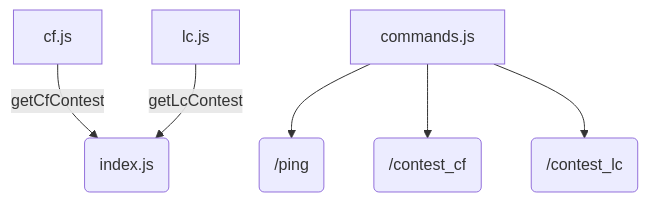
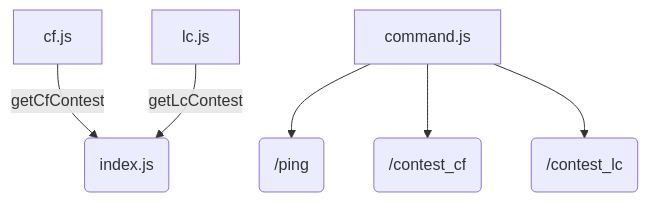
The diagram in README.md (AmyKrrrr/TLEminder), drawn with Mermaid before and after one commit.

Commit message:
update README: fix typo in flowchart

````diff
--- a/README.md
+++ b/README.md
@@ -13,8 +13,8 @@
 ```mermaid
 flowchart TD
     A[cf.js] --> |getCfContest| c(index.js)
     B[lc.js] --> |getLcContest| c(index.js)    
-    D[commands.js] --> E(/ping)
+    D[command.js] --> E(/ping)
     D --> F(/contest_cf)
     D --> G(/contest_lc)
 ```
````
